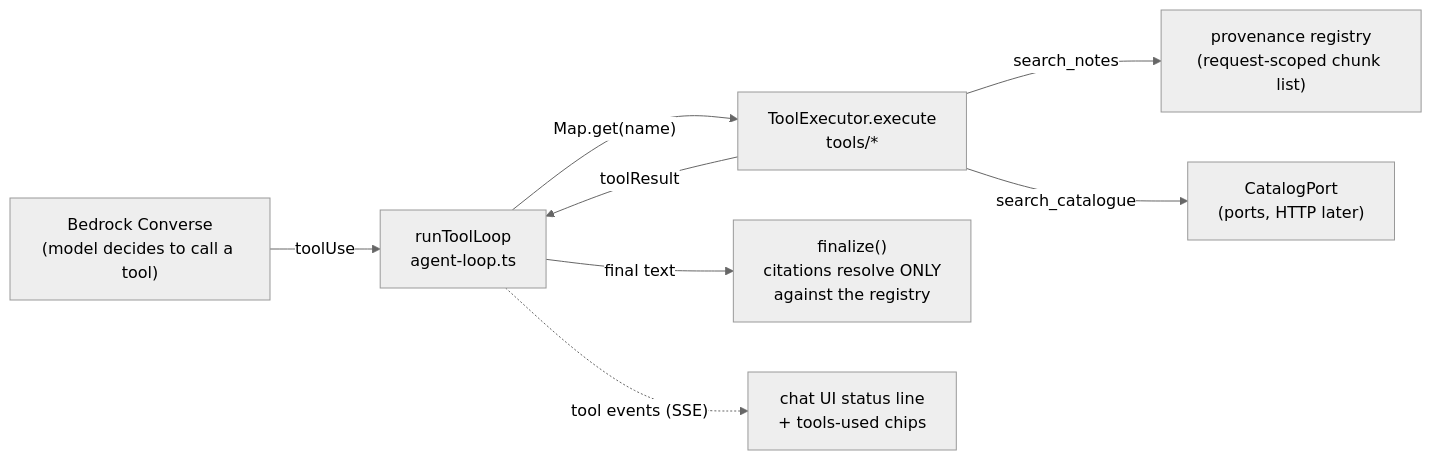
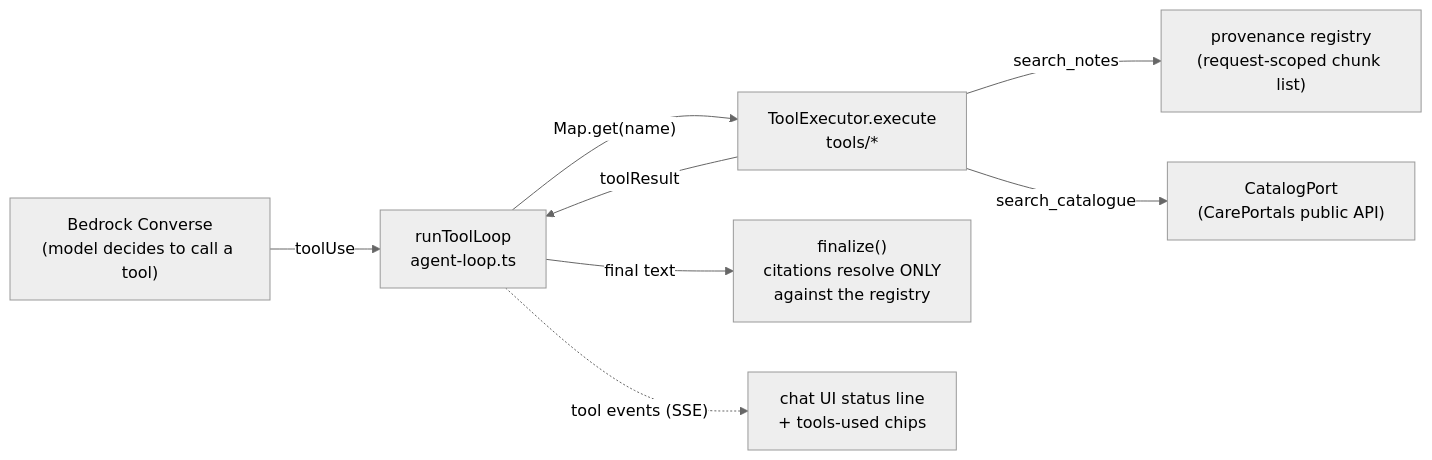
The diagram in docs/rag/13-toolbelt.md (Joice-Health/Joice), drawn with Mermaid (neutral theme) before and after one commit. The commit also changed other lines of this file and 6 other files, not shown here.

````diff
--- a/docs/rag/13-toolbelt.md
+++ b/docs/rag/13-toolbelt.md
@@ -30,10 +30,10 @@
 ```mermaid
 flowchart LR
     model["Bedrock Converse<br/>(model decides to call a tool)"] -->|toolUse| loop["runToolLoop<br/>agent-loop.ts"]
     loop -->|"Map.get(name)"| exec["ToolExecutor.execute<br/>tools/*"]
     exec -->|search_notes| reg["provenance registry<br/>(request-scoped chunk list)"]
-    exec -->|search_catalogue| port["CatalogPort<br/>(ports, HTTP later)"]
+    exec -->|search_catalogue| port["CatalogPort<br/>(CarePortals public API)"]
     exec -->|toolResult| loop
     loop -->|final text| fin["finalize()<br/>citations resolve ONLY<br/>against the registry"]
     loop -.->|"tool events (SSE)"| ui["chat UI status line<br/>+ tools-used chips"]
 ```
````
